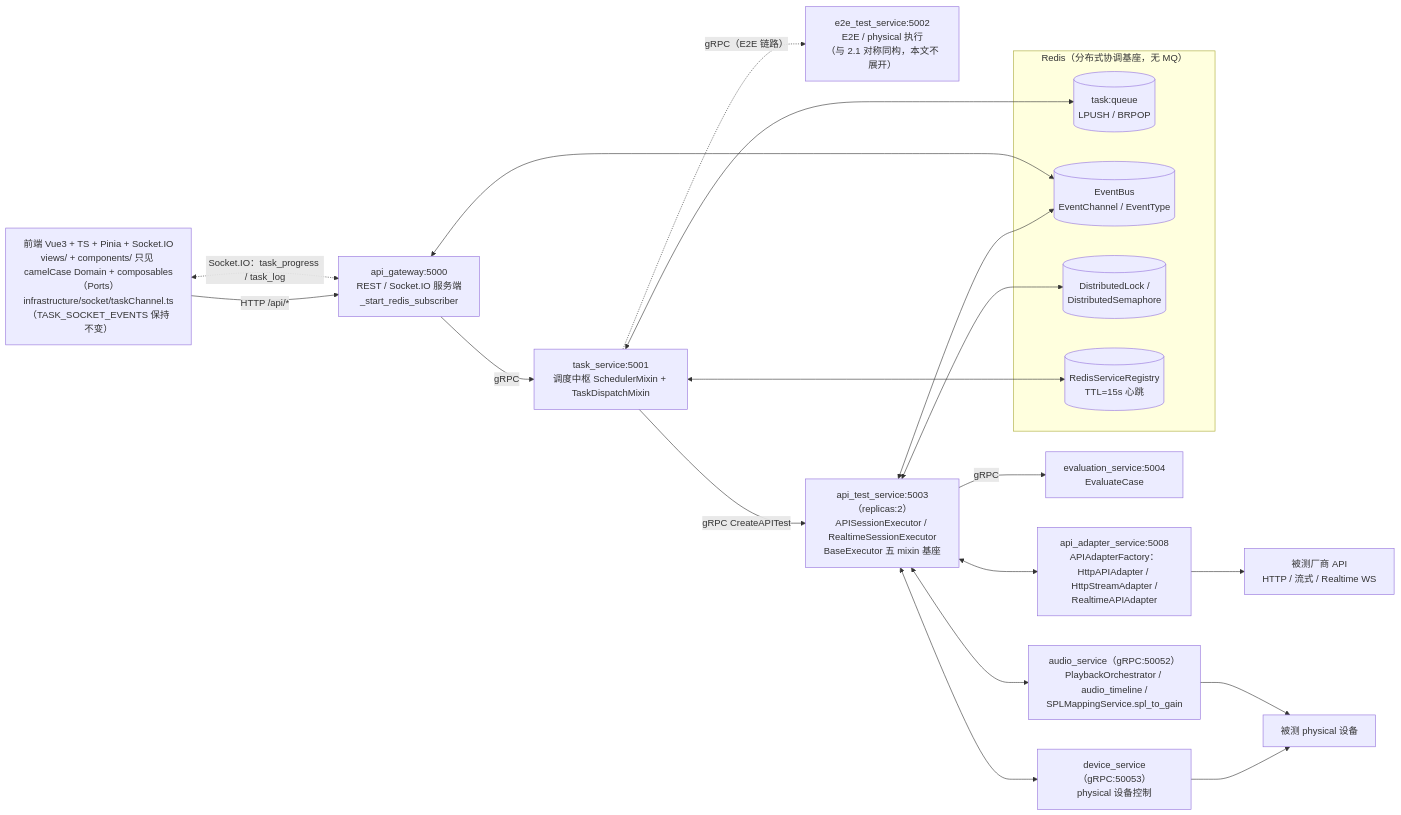
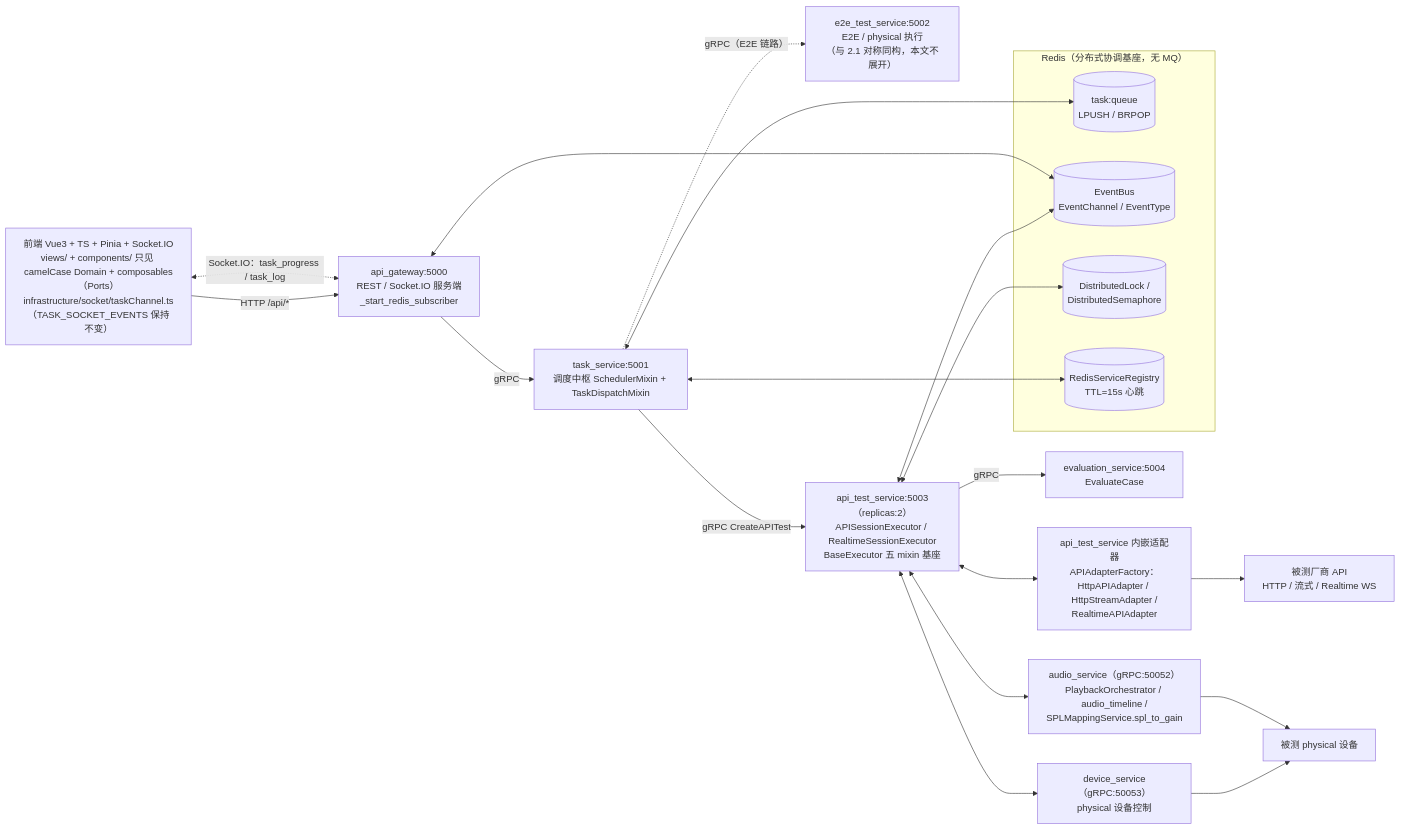
Before and after one commit to ydz-auto/intelligent_audio_test: the first of 8 diagrams in Intelligent-Audio-TEST/doc/功能设计文档/01_测试执行/03_流程图.md, drawn with Mermaid. The commit also changed other lines of this file and 164 other files, not shown here.

First line of the commit message:
INT-1176: 重构·API适配·实施——api_adapter_service 删除实施：HTTP 执行内嵌 api_test_service（迁移+删除）

````diff
--- a/Intelligent-Audio-TEST/doc/功能设计文档/01_测试执行/03_流程图.md
+++ b/Intelligent-Audio-TEST/doc/功能设计文档/01_测试执行/03_流程图.md
@@ -16,41 +16,41 @@
 ```mermaid
 flowchart LR
     FE["前端 Vue3 + TS + Pinia + Socket.IO<br/>views/ + components/ 只见 camelCase Domain + composables（Ports）<br/>infrastructure/socket/taskChannel.ts（TASK_SOCKET_EVENTS 保持不变）"]
 
     GW["api_gateway:5000<br/>REST / Socket.IO 服务端<br/>_start_redis_subscriber"]
     TS["task_service:5001<br/>调度中枢 SchedulerMixin + TaskDispatchMixin"]
     E2E["e2e_test_service:5002<br/>E2E / physical 执行<br/>（与 2.1 对称同构，本文不展开）"]
     ATS["api_test_service:5003（replicas:2）<br/>APISessionExecutor / RealtimeSessionExecutor<br/>BaseExecutor 五 mixin 基座"]
     EV["evaluation_service:5004<br/>EvaluateCase"]
-    AAS["api_adapter_service:5008<br/>APIAdapterFactory：<br/>HttpAPIAdapter / HttpStreamAdapter /<br/>RealtimeAPIAdapter"]
+    AAS["api_test_service 内嵌适配器<br/>APIAdapterFactory：<br/>HttpAPIAdapter / HttpStreamAdapter /<br/>RealtimeAPIAdapter"]
     AU["audio_service（gRPC:50052）<br/>PlaybackOrchestrator / audio_timeline /<br/>SPLMappingService.spl_to_gain"]
     DS["device_service（gRPC:50053）<br/>physical 设备控制"]
 
     subgraph RD["Redis（分布式协调基座，无 MQ）"]
         Q[("task:queue<br/>LPUSH / BRPOP")]
         EB[("EventBus<br/>EventChannel / EventType")]
         DL[("DistributedLock /<br/>DistributedSemaphore")]
         SR[("RedisServiceRegistry<br/>TTL=15s 心跳")]
     end
 
     VENDOR["被测厂商 API<br/>HTTP / 流式 / Realtime WS"]
     DEV["被测 physical 设备"]
 
     FE -->|"HTTP /api/*"| GW
     FE <-.->|"Socket.IO：task_progress / task_log"| GW
     GW -->|gRPC| TS
     TS <--> Q
     TS <--> SR
     TS -->|"gRPC CreateAPITest"| ATS
     TS -.->|"gRPC（E2E 链路）"| E2E
     ATS <--> AAS
     ATS <--> AU
     ATS <--> DS
     ATS <--> EB
     ATS <--> DL
     ATS -->|gRPC| EV
     AAS --> VENDOR
     DS --> DEV
     AU --> DEV
     GW <--> EB
 ```
````
